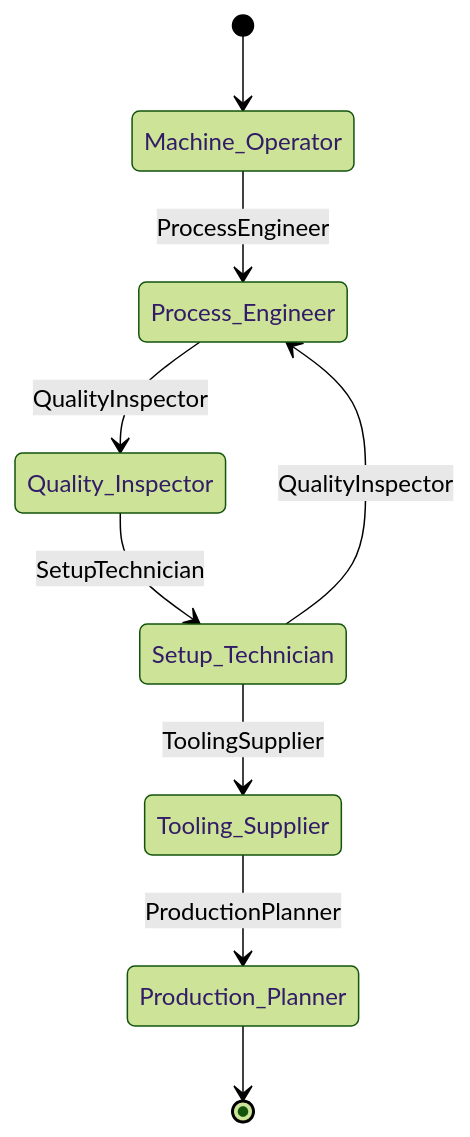
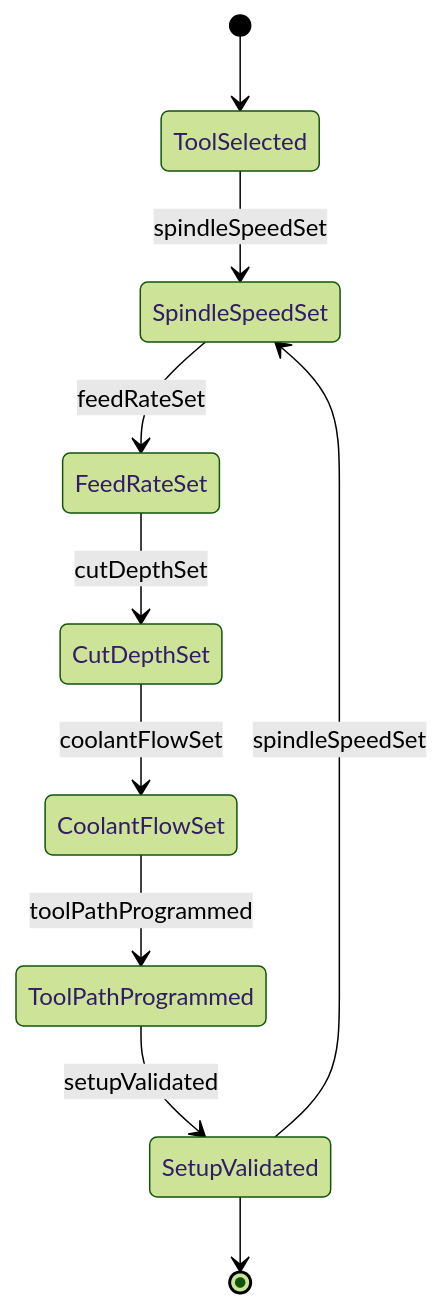
One commit to dot-org-ai/tasks.org.ai changed the second of 4 diagrams in HandlingAndMovingObjects/AdjustEquipmentToEnsureAdequatePerformance/SetEquipmentControlsMeetCutting.mdx. Above: the diagram before and after it, drawn with Mermaid (forest theme). The commit also changed other lines of this file and 40 other files, not shown here.

First line of the commit message:
fix: Replace Actor-based ER and State diagrams with Entity/Event-based diagrams in 41 HandlingAndMovingObjects DWA files

````diff
--- a/HandlingAndMovingObjects/AdjustEquipmentToEnsureAdequatePerformance/SetEquipmentControlsMeetCutting.mdx
+++ b/HandlingAndMovingObjects/AdjustEquipmentToEnsureAdequatePerformance/SetEquipmentControlsMeetCutting.mdx
@@ -102,11 +100,12 @@
 ```mermaid
 stateDiagram-v2
-    [*] --> Machine_Operator
-    Machine_Operator --> Process_Engineer: ProcessEngineer
-    Process_Engineer --> Quality_Inspector: QualityInspector
-    Quality_Inspector --> Setup_Technician: SetupTechnician
-    Setup_Technician --> Tooling_Supplier: ToolingSupplier
-    Tooling_Supplier --> Production_Planner: ProductionPlanner
-    Setup_Technician --> Process_Engineer: QualityInspector
-    Production_Planner --> [*]
+    [*] --> ToolSelected
+    ToolSelected --> SpindleSpeedSet : spindleSpeedSet
+    SpindleSpeedSet --> FeedRateSet : feedRateSet
+    FeedRateSet --> CutDepthSet : cutDepthSet
+    CutDepthSet --> CoolantFlowSet : coolantFlowSet
+    CoolantFlowSet --> ToolPathProgrammed : toolPathProgrammed
+    ToolPathProgrammed --> SetupValidated : setupValidated
+    SetupValidated --> SpindleSpeedSet : spindleSpeedSet
+    SetupValidated --> [*]
 ```
````
